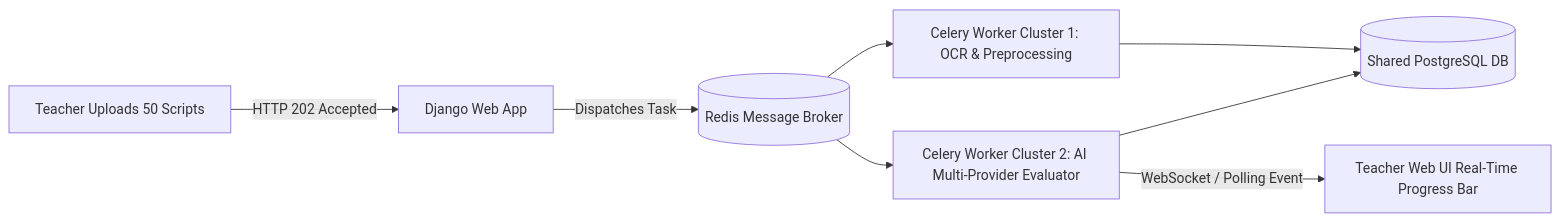
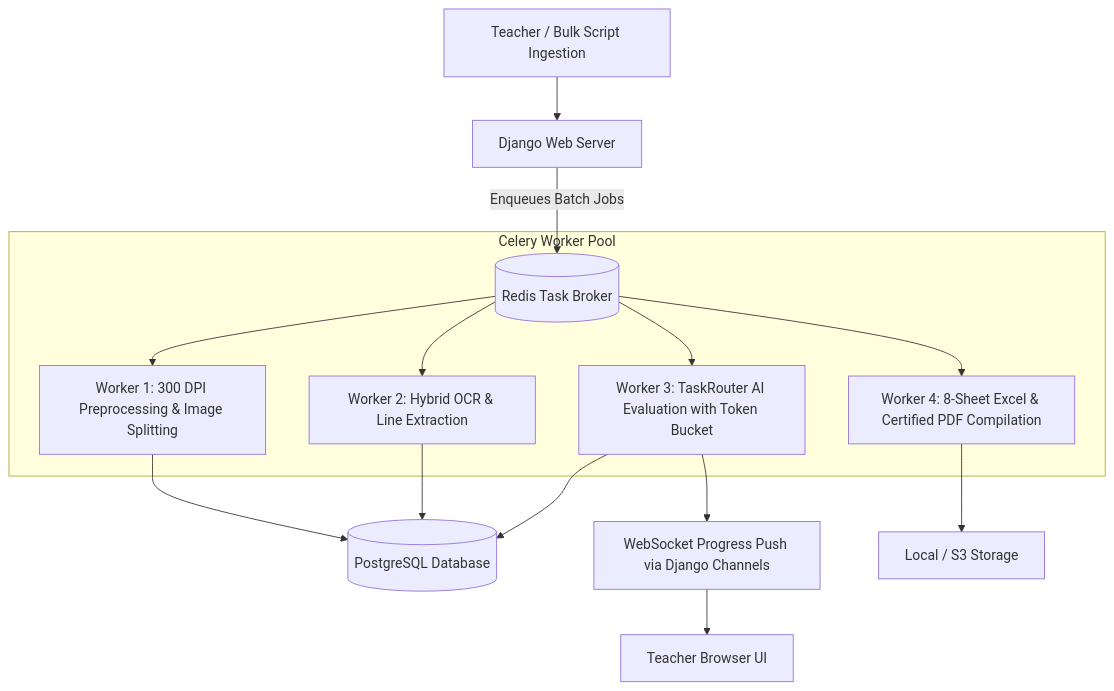
Before and after one commit to hijbullahx/IntelliGrade: the second of 2 diagrams in docs/SYSTEM_IMPROVEMENT_ROADMAP.md, drawn with Mermaid. The commit also changed other lines of this file and 18 other files, not shown here.

Commit message:
docs: initialize project documentation suite including system architecture, requirements, and workflow design

````diff
--- a/docs/SYSTEM_IMPROVEMENT_ROADMAP.md
+++ b/docs/SYSTEM_IMPROVEMENT_ROADMAP.md
@@ -123,10 +106,19 @@
 ```mermaid
-graph LR
-    A[Teacher Uploads 50 Scripts] -->|HTTP 202 Accepted| B[Django Web App]
-    B -->|Dispatches Task| C[(Redis Message Broker)]
-    C --> D[Celery Worker Cluster 1: OCR & Preprocessing]
-    C --> E[Celery Worker Cluster 2: AI Multi-Provider Evaluator]
-    D --> F[(Shared PostgreSQL DB)]
-    E --> F
-    E -->|WebSocket / Polling Event| G[Teacher Web UI Real-Time Progress Bar]
+graph TD
+    A[Teacher / Bulk Script Ingestion] --> B[Django Web Server]
+    B -->|Enqueues Batch Jobs| C[(Redis Task Broker)]
+    
+    subgraph Celery Worker Pool
+        C --> D1[Worker 1: 300 DPI Preprocessing & Image Splitting]
+        C --> D2[Worker 2: Hybrid OCR & Line Extraction]
+        C --> D3[Worker 3: TaskRouter AI Evaluation with Token Bucket]
+        C --> D4[Worker 4: 8-Sheet Excel & Certified PDF Compilation]
+    end
+
+    D1 --> E[(PostgreSQL Database)]
+    D2 --> E
+    D3 --> E
+    D4 --> F[Local / S3 Storage]
+    D3 --> G[WebSocket Progress Push via Django Channels]
+    G --> H[Teacher Browser UI]
 ```
````
